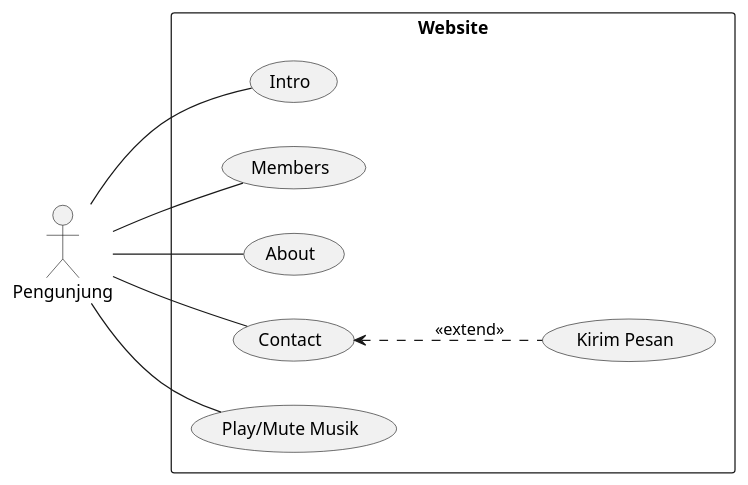
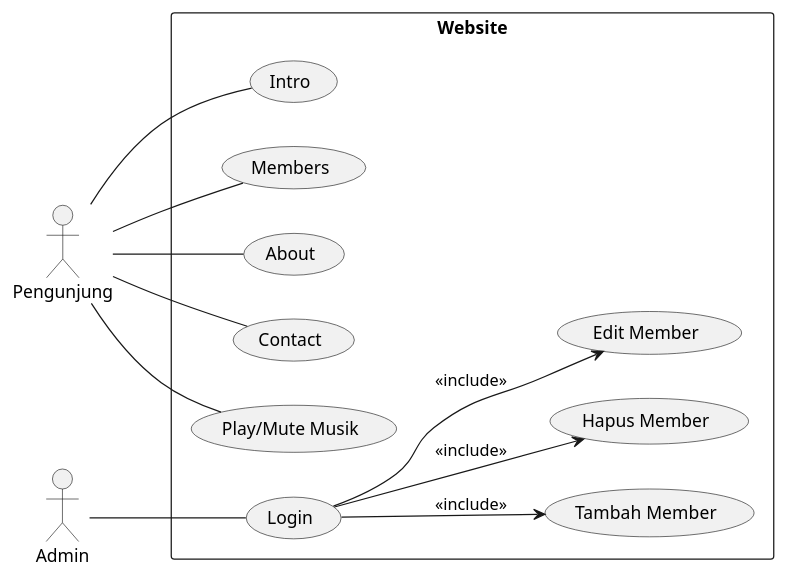
One commit to PDPyeh/webdesignbuatkelompok changed the diagram in Usecase.wsd. Above: the diagram before and after it, drawn with PlantUML. The commit also changed 4 other files, not shown here.

```diff
--- a/Usecase.wsd
+++ b/Usecase.wsd
@@ -1,15 +1,20 @@
 @startuml
 left to right direction
 
 actor Pengunjung
+actor Admin
 
 rectangle Website {
     Pengunjung -- (Intro)
     Pengunjung -- (Members)
     Pengunjung -- (About)
     Pengunjung -- (Contact)
     Pengunjung -- (Play/Mute Musik)
-    (Contact) <.. (Kirim Pesan) : <<extend>>
 
+    Admin -- (Login)
+    (Login) --> (Tambah Member) : <<include>>
+    (Login) --> (Hapus Member) : <<include>>
+    (Login) --> (Edit Member) : <<include>>
 }
+
 @enduml
```
